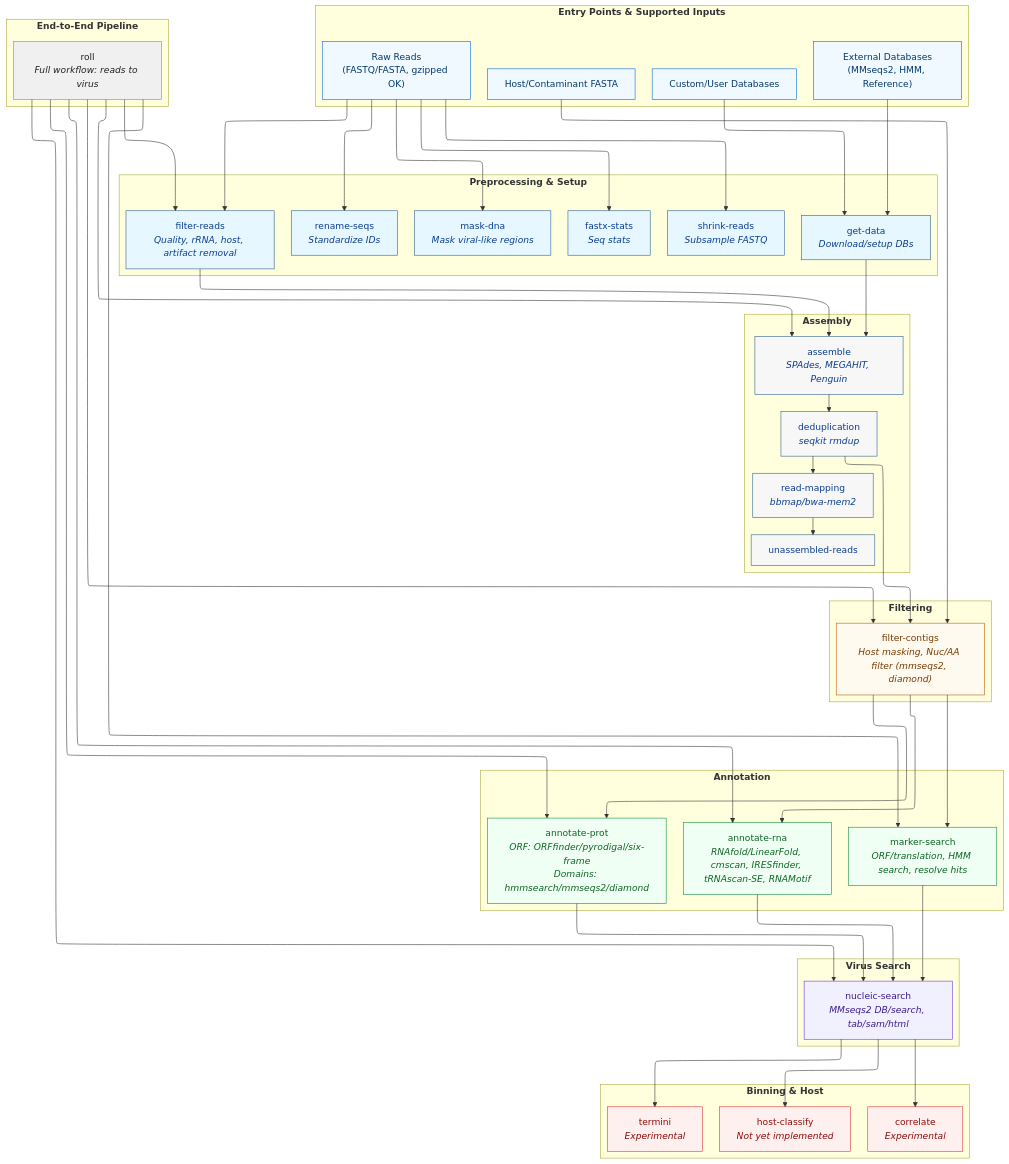
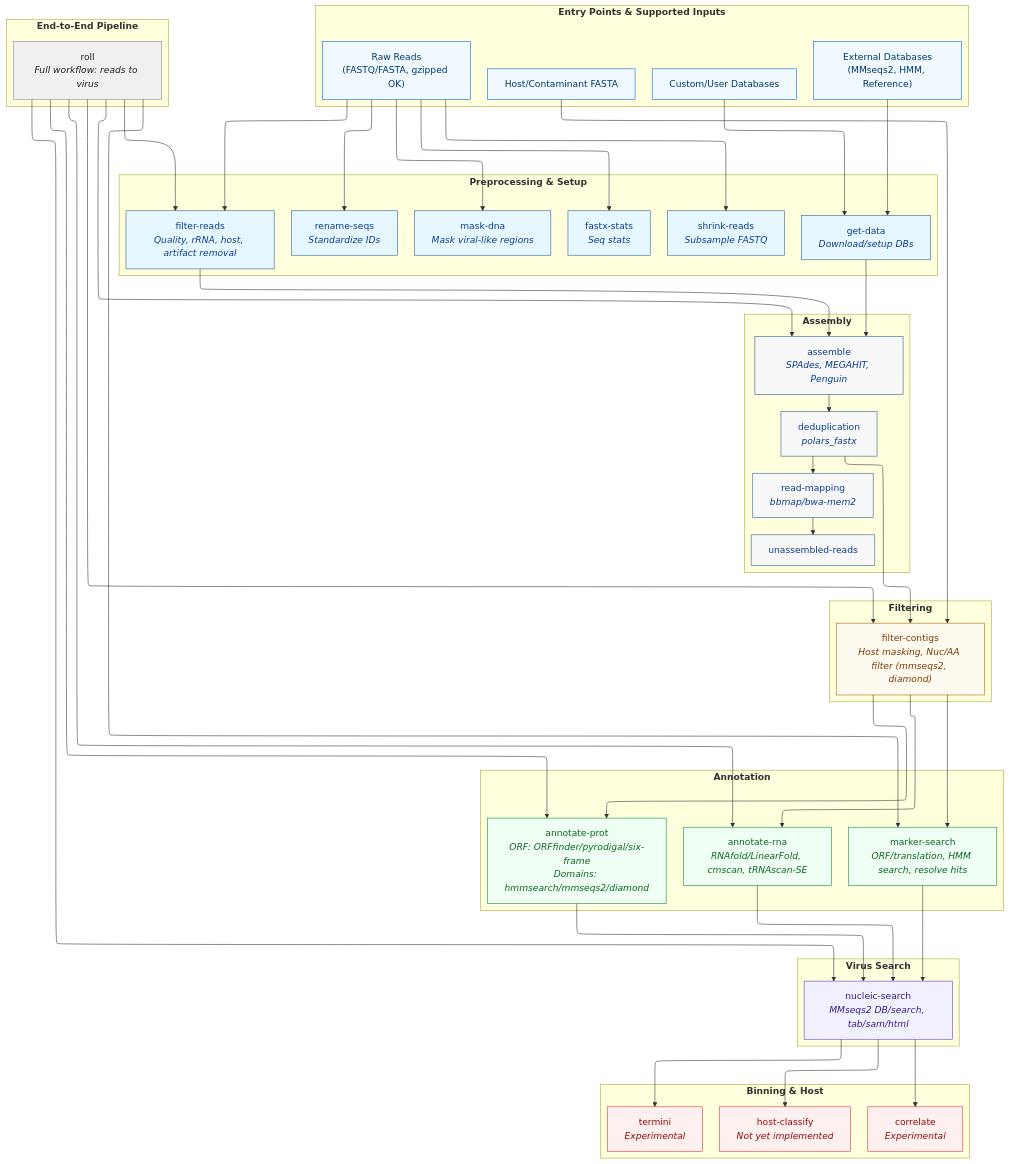
Before and after one commit to UriNeri/rolypoly: the diagram in docs/mkdocs_docs/index.md, drawn with Mermaid. The commit also changed other lines of this file and 7 other files, not shown here.

```diff
--- a/docs/mkdocs_docs/index.md
+++ b/docs/mkdocs_docs/index.md
@@ -46,7 +46,7 @@
   end
  subgraph ASM["<b>Assembly</b>"]
       ASSEMBLY["assemble<br><i>SPAdes, MEGAHIT, Penguin</i>"]
-        DEDUP["deduplication<br><i>seqkit rmdup</i>"]
+        DEDUP["deduplication<br><i>polars_fastx</i>"]
         MAPPING["read-mapping<br><i>bbmap/bwa-mem2</i>"]
         UNASSEMBLED["unassembled-reads"]
   end
@@ -55,7 +55,7 @@
   end
  subgraph ANNO["<b>Annotation</b>"]
         ANPROT["annotate-prot<br><i>ORF: ORFfinder/pyrodigal/six-frame<br>Domains: hmmsearch/mmseqs2/diamond</i>"]
-        ANRNA["annotate-rna<br><i>RNAfold/LinearFold, cmscan, IRESfinder, tRNAscan-SE, RNAMotif</i>"]
+        ANRNA["annotate-rna<br><i>RNAfold/LinearFold, cmscan, tRNAscan-SE</i>"]
         MARKER["marker-search<br><i>ORF/translation, HMM search, resolve hits</i>"]
   end
  subgraph VIRUS["<b>Virus Search</b>"]
```
